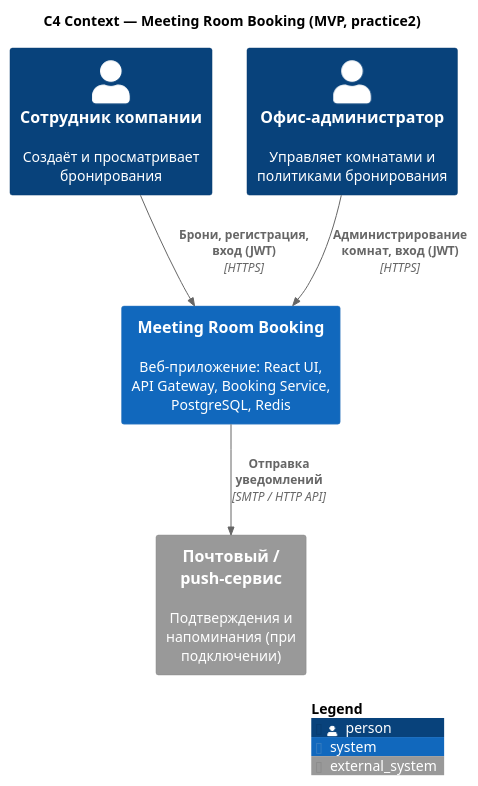
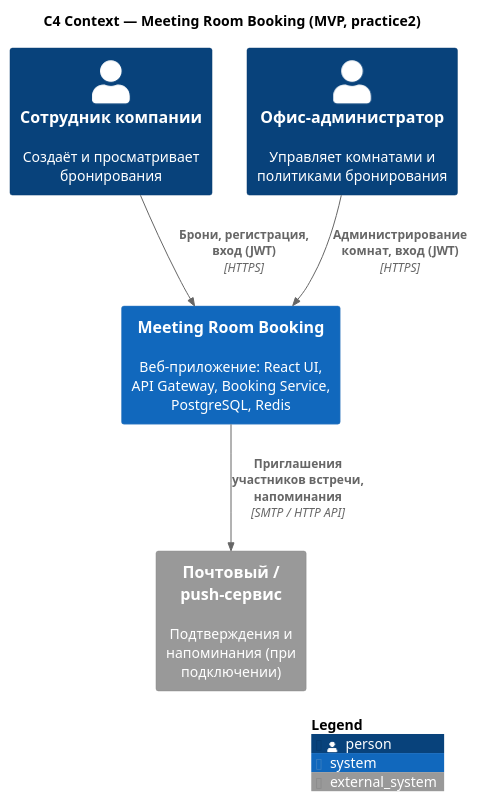
One commit to SmknSe/IPPO_pr9-12 changed the diagram in practice1/diagrams/context.puml. Above: the diagram before and after it, drawn with PlantUML. The commit also changed 21 other files, not shown here.

First line of the commit message:
Участники встречи, SMTP-приглашения, актуализация отчётов и диаграмм

```diff
--- a/practice1/diagrams/context.puml
+++ b/practice1/diagrams/context.puml
@@ -1,17 +1,17 @@
 @startuml
 !include https://raw.githubusercontent.com/plantuml-stdlib/C4-PlantUML/master/C4_Context.puml
 
 title C4 Context — Meeting Room Booking (MVP, practice2)
 
 Person(employee, "Сотрудник компании", "Создаёт и просматривает бронирования")
 Person(admin, "Офис-администратор", "Управляет комнатами и политиками бронирования")
 
 System(bookingSystem, "Meeting Room Booking", "Веб-приложение: React UI, API Gateway, Booking Service, PostgreSQL, Redis")
 System_Ext(notifier, "Почтовый / push-сервис", "Подтверждения и напоминания (при подключении)")
 
 Rel(employee, bookingSystem, "Брони, регистрация, вход (JWT)", "HTTPS")
 Rel(admin, bookingSystem, "Администрирование комнат, вход (JWT)", "HTTPS")
-Rel(bookingSystem, notifier, "Отправка уведомлений", "SMTP / HTTP API")
+Rel(bookingSystem, notifier, "Приглашения участников встречи, напоминания", "SMTP / HTTP API")
 
 SHOW_LEGEND()
 @enduml
```
